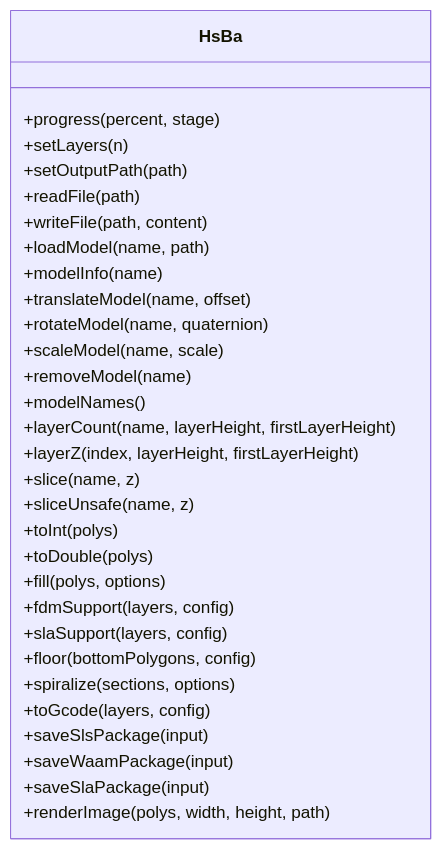
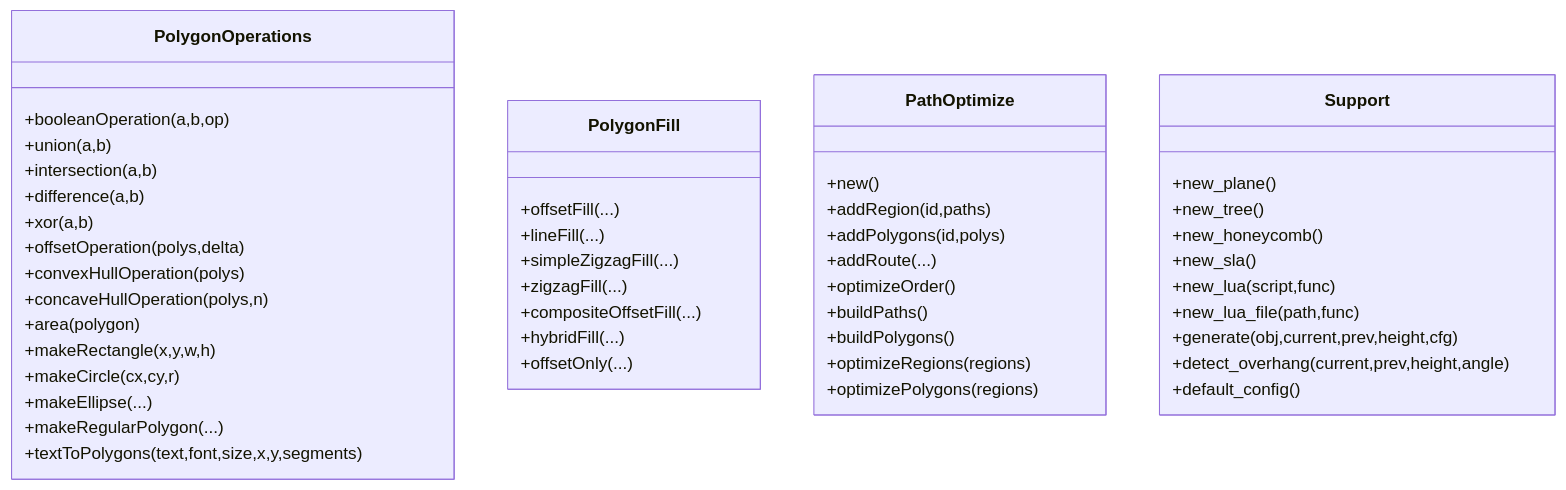
Before and after one commit to hsmbanlance/HsBaSlicer: the fourth of 6 diagrams in .qoder/repowiki/en/content/Lua Scripting System/Lua Scripting System.md, drawn with Mermaid. The commit also changed other lines of this file and 1095 other files, not shown here.

````diff
--- a/.qoder/repowiki/en/content/Lua Scripting System/Lua Scripting System.md
+++ b/.qoder/repowiki/en/content/Lua Scripting System/Lua Scripting System.md
@@ -252,33 +182,50 @@
 ```mermaid
 classDiagram
-class HsBa {
-+progress(percent, stage)
-+setLayers(n)
-+setOutputPath(path)
-+readFile(path)
-+writeFile(path, content)
-+loadModel(name, path)
-+modelInfo(name)
-+translateModel(name, offset)
-+rotateModel(name, quaternion)
-+scaleModel(name, scale)
-+removeModel(name)
-+modelNames()
-+layerCount(name, layerHeight, firstLayerHeight)
-+layerZ(index, layerHeight, firstLayerHeight)
-+slice(name, z)
-+sliceUnsafe(name, z)
-+toInt(polys)
-+toDouble(polys)
-+fill(polys, options)
-+fdmSupport(layers, config)
-+slaSupport(layers, config)
-+floor(bottomPolygons, config)
-+spiralize(sections, options)
-+toGcode(layers, config)
-+saveSlsPackage(input)
-+saveWaamPackage(input)
-+saveSlaPackage(input)
-+renderImage(polys, width, height, path)
+class PolygonOperations {
++booleanOperation(a,b,op)
++union(a,b)
++intersection(a,b)
++difference(a,b)
++xor(a,b)
++offsetOperation(polys,delta)
++convexHullOperation(polys)
++concaveHullOperation(polys,n)
++area(polygon)
++makeRectangle(x,y,w,h)
++makeCircle(cx,cy,r)
++makeEllipse(...)
++makeRegularPolygon(...)
++textToPolygons(text,font,size,x,y,segments)
+}
+class PolygonFill {
++offsetFill(...)
++lineFill(...)
++simpleZigzagFill(...)
++zigzagFill(...)
++compositeOffsetFill(...)
++hybridFill(...)
++offsetOnly(...)
+}
+class PathOptimize {
++new()
++addRegion(id,paths)
++addPolygons(id,polys)
++addRoute(...)
++optimizeOrder()
++buildPaths()
++buildPolygons()
++optimizeRegions(regions)
++optimizePolygons(regions)
+}
+class Support {
++new_plane()
++new_tree()
++new_honeycomb()
++new_sla()
++new_lua(script,func)
++new_lua_file(path,func)
++generate(obj,current,prev,height,cfg)
++detect_overhang(current,prev,height,angle)
++default_config()
 }
 ```
````
